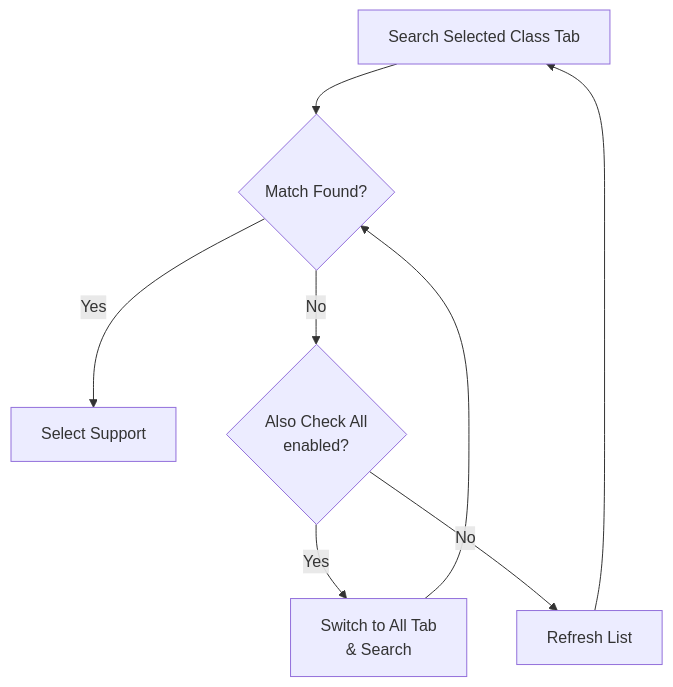
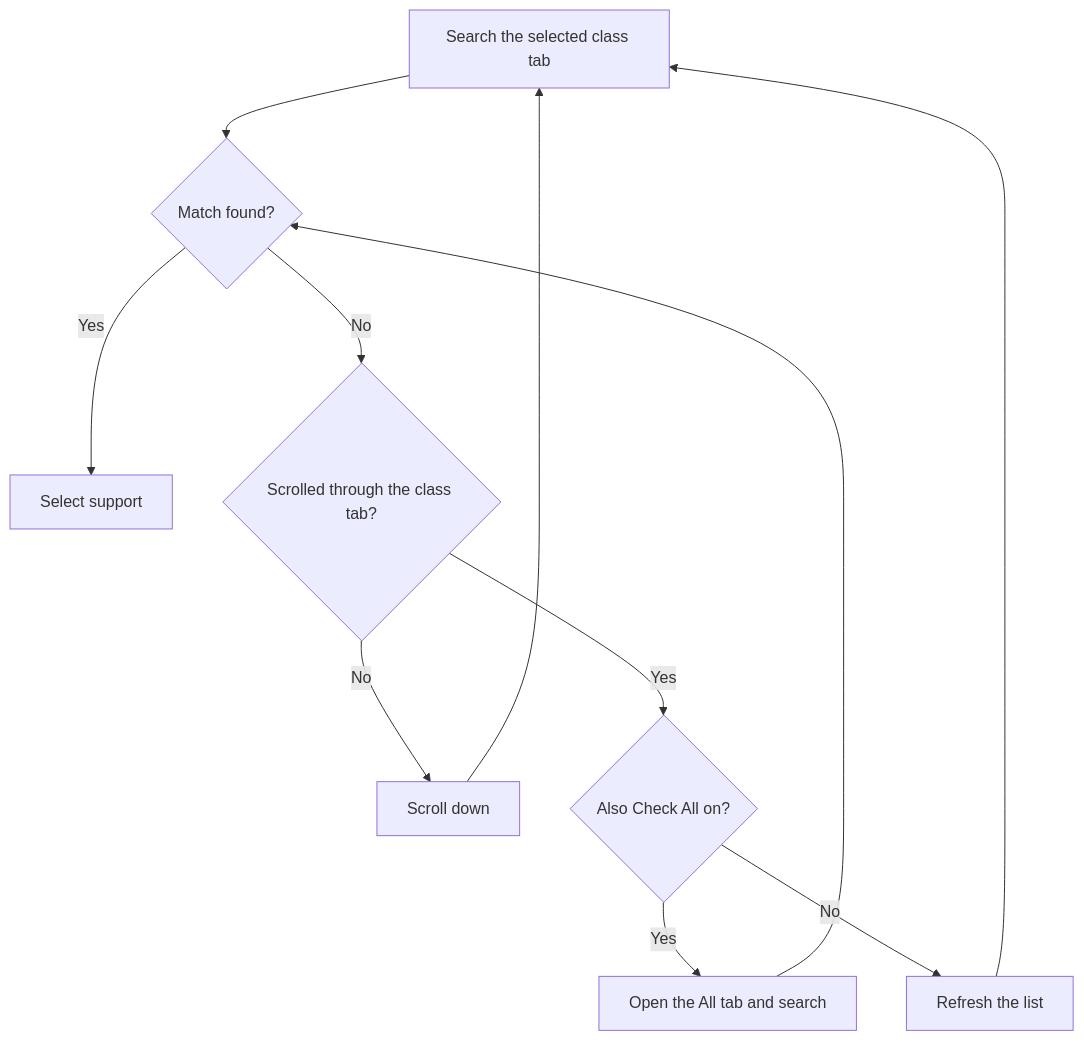
One commit to ArthurKun21/FGA-Preview-Build changed the diagram in docs/support-screen/class-picker.md. Above: the diagram before and after it, drawn with Mermaid. The commit also changed other lines of this file and 23 other files, not shown here.

````diff
--- a/docs/support-screen/class-picker.md
+++ b/docs/support-screen/class-picker.md
@@ -58,10 +63,13 @@
 ```mermaid
 flowchart TD
-    A[Search Selected Class Tab] --> B{Match Found?}
-    B -->|Yes| C[Select Support]
-    B -->|No| D{Also Check All<br/>enabled?}
-    D -->|Yes| E[Switch to All Tab<br/>& Search]
-    D -->|No| F[Refresh List]
-    E --> B
-    F --> A
+    A[Search the selected class tab] --> B{Match found?}
+    B -->|Yes| C[Select support]
+    B -->|No| D{Scrolled through the class tab?}
+    D -->|No| E[Scroll down]
+    E --> A
+    D -->|Yes| F{Also Check All on?}
+    F -->|Yes| G[Open the All tab and search]
+    G --> B
+    F -->|No| H[Refresh the list]
+    H --> A
 ```
````
